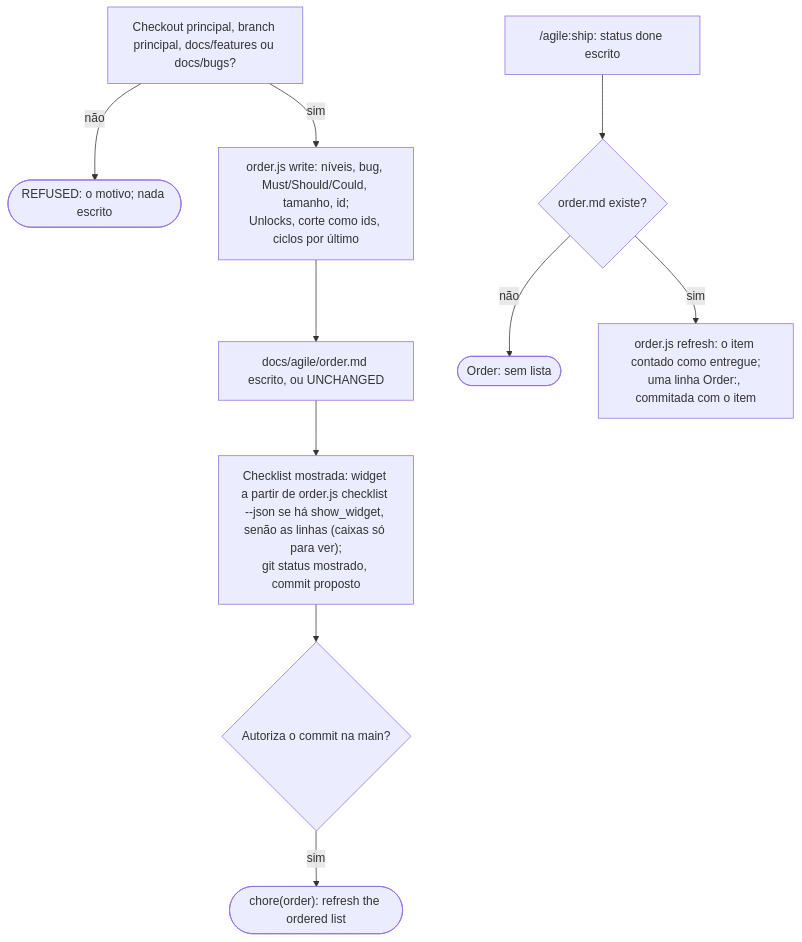
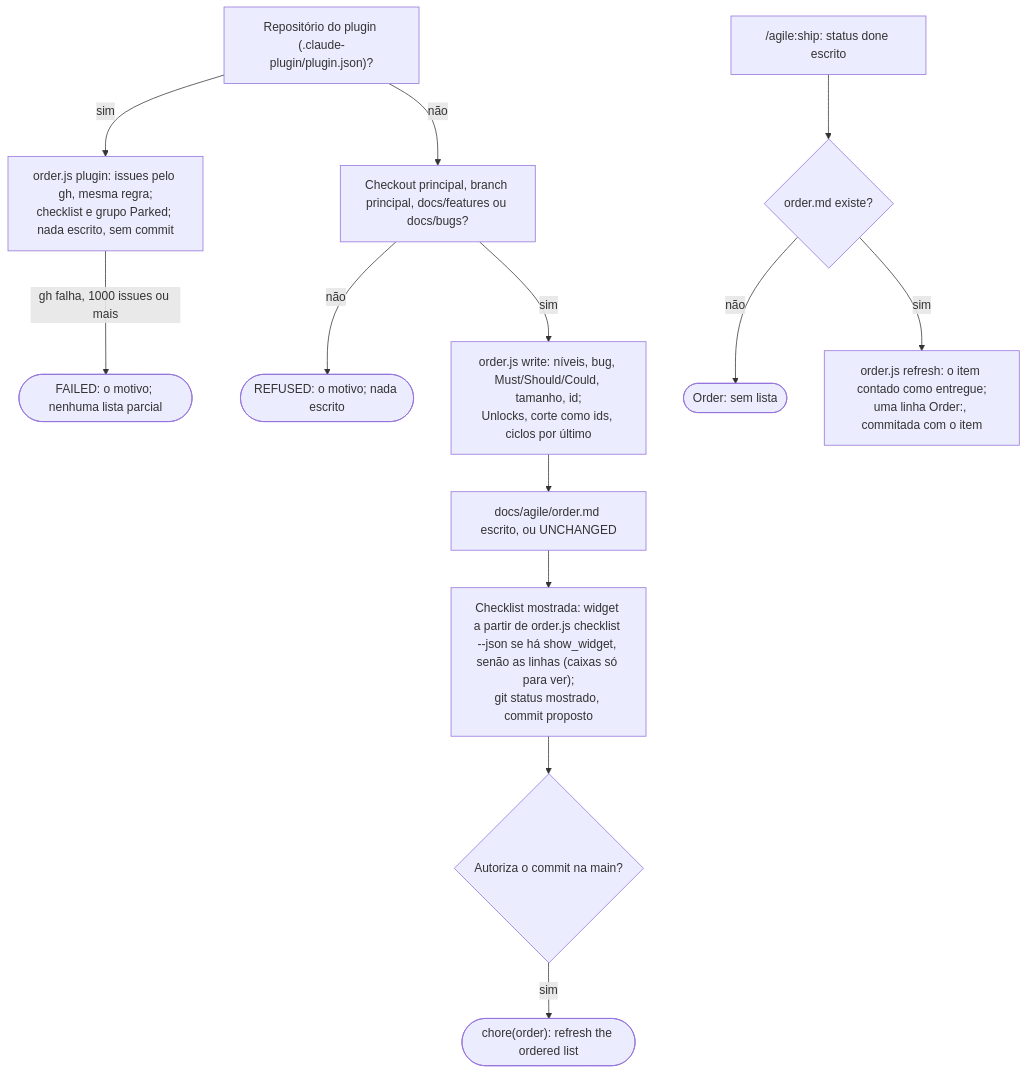
Before and after one commit to alexcanario/simulab: diagram 19 of 23 in docs/agile/workflow.pt-BR.md, drawn with Mermaid. The commit also changed other lines of this file and 3 other files, not shown here.

````diff
--- a/docs/agile/workflow.pt-BR.md
+++ b/docs/agile/workflow.pt-BR.md
@@ -1066,12 +1066,15 @@
 ```mermaid
 flowchart TD
-    A["Checkout principal, branch principal, docs/features ou docs/bugs?"] -->|não| A1(["REFUSED: o motivo; nada escrito"])
+    P["Repositório do plugin (.claude-plugin/plugin.json)?"] -->|sim| P1["order.js plugin: issues pelo gh, mesma regra;<br/>checklist e grupo Parked; nada escrito, sem commit"]
+    P -->|não| A["Checkout principal, branch principal, docs/features ou docs/bugs?"]
+    P1 -->|gh falha, 1000 issues ou mais| P2(["FAILED: o motivo; nenhuma lista parcial"])
+    A -->|não| A1(["REFUSED: o motivo; nada escrito"])
     A -->|sim| B["order.js write: níveis, bug, Must/Should/Could, tamanho, id;<br/>Unlocks, corte como ids, ciclos por último"]
     B --> C["docs/agile/order.md escrito, ou UNCHANGED"]
     C --> D["Checklist mostrada: widget a partir de order.js checklist --json se há show_widget, senão as linhas (caixas só para ver);<br/>git status mostrado, commit proposto"]
     D --> E{"Autoriza o commit na main?"}
     E -->|sim| F(["chore(order): refresh the ordered list"])
     G["/agile:ship: status done escrito"] --> H{"order.md existe?"}
     H -->|não| H1(["Order: sem lista"])
     H -->|sim| I["order.js refresh: o item contado como entregue;<br/>uma linha Order:, commitada com o item"]
 ```
````
